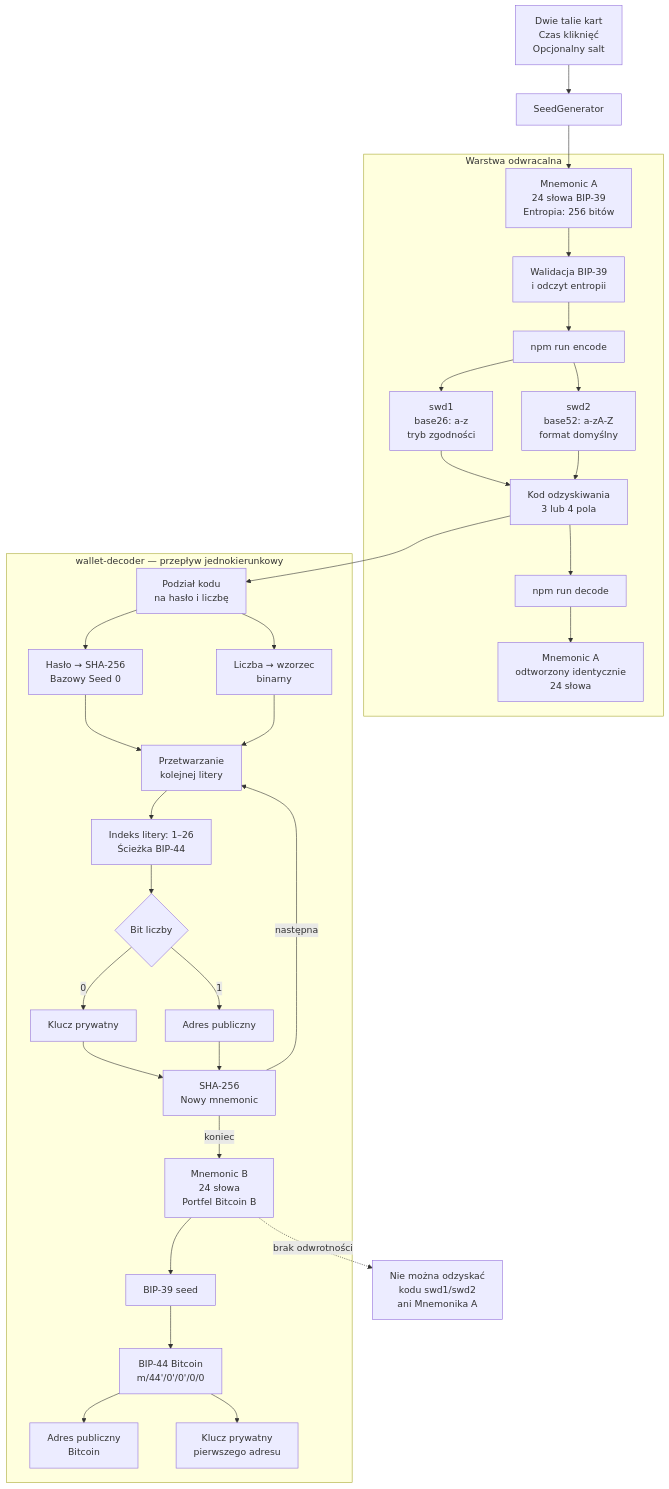
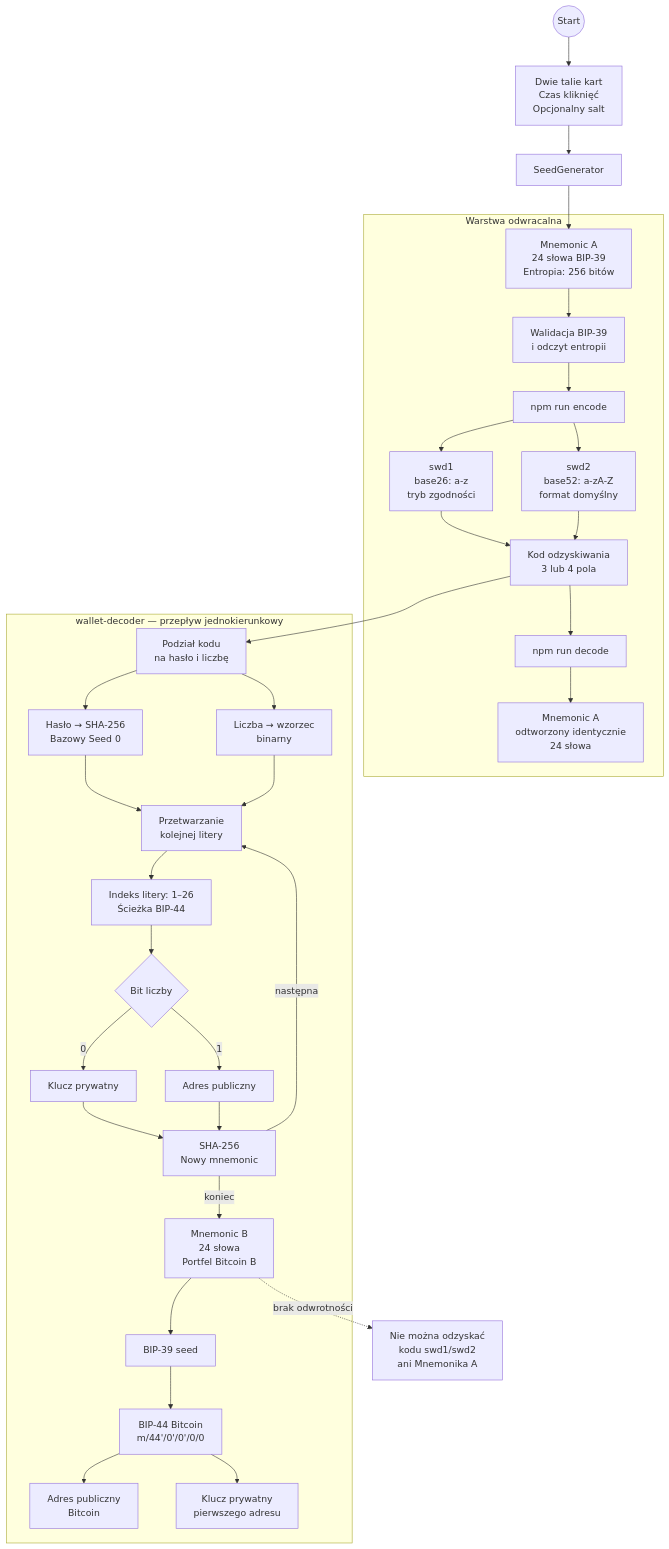
Before and after one commit to hattimon/Seed-Generator-Wallet-Decoder: the diagram in README.md, drawn with Mermaid.

Commit message:
Offset Mermaid content below viewer controls

````diff
--- a/README.md
+++ b/README.md
@@ -25,38 +25,39 @@
 ```mermaid
 flowchart TD
-    A["Dwie talie kart<br/>Czas kliknięć<br/>Opcjonalny salt"] --> B["SeedGenerator"]
+    START(("Start")) --> A["Dwie talie kart<br/>Czas kliknięć<br/>Opcjonalny salt"]
+    A --> B["SeedGenerator"]
     B --> C["Mnemonic A<br/>24 słowa BIP-39<br/>Entropia: 256 bitów"]
 
     subgraph REV["Warstwa odwracalna"]
         C --> D["Walidacja BIP-39<br/>i odczyt entropii"]
         D --> E["npm run encode"]
         E --> F["swd1<br/>base26: a-z<br/>tryb zgodności"]
         E --> G["swd2<br/>base52: a-zA-Z<br/>format domyślny"]
         F --> H["Kod odzyskiwania<br/>3 lub 4 pola"]
         G --> H
         H --> I["npm run decode"]
         I --> J["Mnemonic A<br/>odtworzony identycznie<br/>24 słowa"]
     end
 
     subgraph LEG["wallet-decoder — przepływ jednokierunkowy"]
         H --> K["Podział kodu<br/>na hasło i liczbę"]
         K --> L["Hasło → SHA-256<br/>Bazowy Seed 0"]
         K --> M["Liczba → wzorzec<br/>binarny"]
         L --> N["Przetwarzanie<br/>kolejnej litery"]
         M --> N
         N --> O["Indeks litery: 1–26<br/>Ścieżka BIP-44"]
         O --> P{"Bit liczby"}
         P -->|"0"| Q["Klucz prywatny"]
         P -->|"1"| R["Adres publiczny"]
         Q --> S["SHA-256<br/>Nowy mnemonic"]
         R --> S
         S -->|"następna"| N
         S -->|"koniec"| U["Mnemonic B<br/>24 słowa<br/>Portfel Bitcoin B"]
         U --> V["BIP-39 seed"]
         V --> W["BIP-44 Bitcoin<br/>m/44'/0'/0'/0/0"]
         W --> X["Adres publiczny<br/>Bitcoin"]
         W --> Y["Klucz prywatny<br/>pierwszego adresu"]
     end
 
     U -. "brak odwrotności" .-> Z["Nie można odzyskać<br/>kodu swd1/swd2<br/>ani Mnemonika A"]
 ```
````
